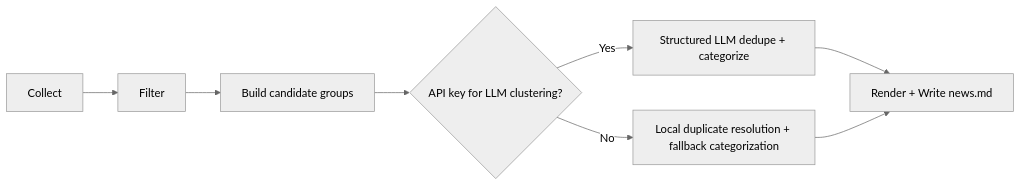
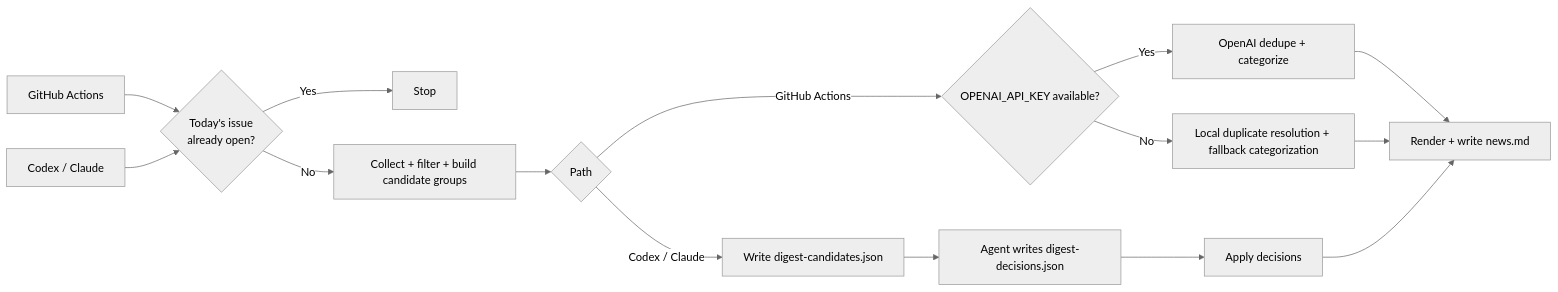
One commit to ActioBio/bio-news-agent changed the second of 2 diagrams in README.md. Above: the diagram before and after it, drawn with Mermaid (neutral theme). The commit also changed other lines of this file and 4 other files, not shown here.

Commit message:
feat(digest): add agent handoff workflow

````diff
--- a/README.md
+++ b/README.md
@@ -52,10 +66,17 @@
 ```mermaid
 flowchart LR
-    C[Collect] --> F[Filter]
-    F --> G[Build candidate groups]
-    G --> K1{API key for LLM clustering?}
-    K1 -- Yes --> L[Structured LLM dedupe + categorize]
+    GH[GitHub Actions] --> T{Today's issue<br/>already open?}
+    AGENT[Codex / Claude] --> T
+    T -- Yes --> S[Stop]
+    T -- No --> C[Collect + filter + build candidate groups]
+    C --> P{Path}
+    P -- GitHub Actions --> K1{OPENAI_API_KEY available?}
+    K1 -- Yes --> L[OpenAI dedupe + categorize]
     K1 -- No --> R[Local duplicate resolution + fallback categorization]
-    L --> W[Render + Write news.md]
+    P -- Codex / Claude --> X[Write digest-candidates.json]
+    X --> Y[Agent writes digest-decisions.json]
+    Y --> Z[Apply decisions]
+    L --> W[Render + write news.md]
     R --> W
+    Z --> W
 ```
````
